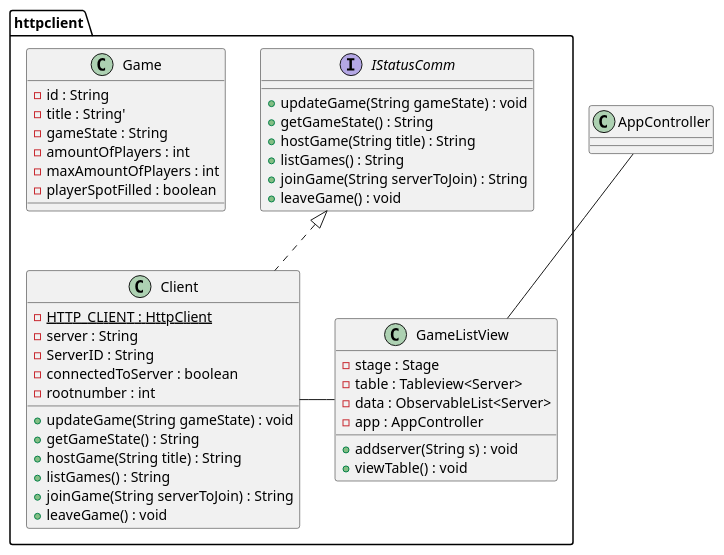
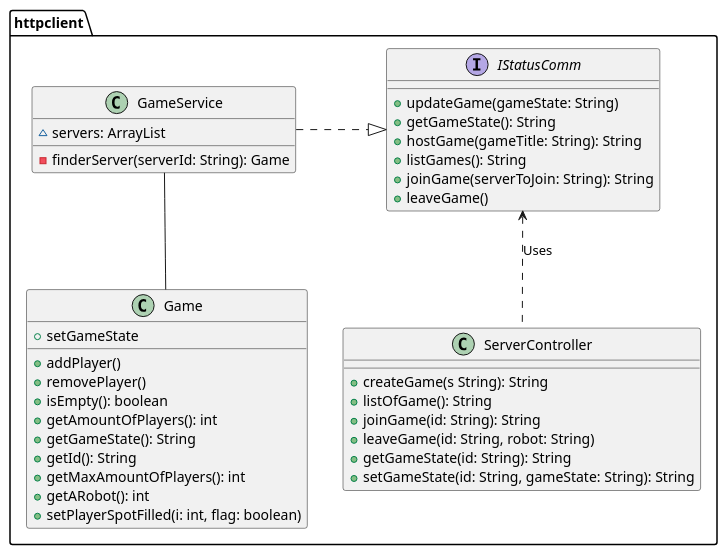
The diagram in diagrams/ClassDiagrams/DesignClassDiagramPackageHTTPClient.puml (MikaelFangel/RoboRally), drawn with PlantUML before and after one commit. The commit also changed 1 other file, not shown here.

Commit message:
Updated Server diagrams

```diff
--- a/diagrams/ClassDiagrams/DesignClassDiagramPackageHTTPClient.puml
+++ b/diagrams/ClassDiagrams/DesignClassDiagramPackageHTTPClient.puml
@@ -1,51 +1,46 @@
 @startuml
 skinparam groupInheritance 2
 skinparam linetype polyline
 
 package httpclient{
-   class Client{
-      {Static} -HTTP_CLIENT : HttpClient
-      -server : String
-      -ServerID : String
-      -connectedToServer : boolean
-      -rootnumber : int
-
-      +updateGame(String gameState) : void
-      +getGameState() : String
-      +hostGame(String title) : String
-      +listGames() : String
-      +joinGame(String serverToJoin) : String
-      +leaveGame() : void
-   }
-   interface IStatusComm{
-     +updateGame(String gameState) : void
-     +getGameState() : String
-     +hostGame(String title) : String
-     +listGames() : String
-     +joinGame(String serverToJoin) : String
-     +leaveGame() : void
-   }
-   class Game{
-      -id : String
-      -title : String'
-      -gameState : String
-      -amountOfPlayers : int
-      -maxAmountOfPlayers : int
-      -playerSpotFilled : boolean
-   }
-   class GameListView{
-       -stage : Stage
-       -table : Tableview<Server>
-       -data : ObservableList<Server>
-        -app : AppController
-
-        +addserver(String s) : void
-        +viewTable() : void
-   }
+interface IStatusComm {
+    + updateGame(gameState: String)
+    + getGameState(): String
+    + hostGame(gameTitle: String): String
+    + listGames(): String
+    + joinGame(serverToJoin: String): String
+    + leaveGame()
 }
 
-AppController -d- GameListView
-IStatusComm <|.d. Client
-Client - GameListView
+class GameService {
+    ~ servers: ArrayList
+    - finderServer(serverId: String): Game
+}
+class ServerController {
+    + createGame(s String): String
+    + listOfGame(): String
+    + joinGame(id: String): String
+    + leaveGame(id: String, robot: String)
+    + getGameState(id: String): String
+    + setGameState(id: String, gameState: String): String
+
+}
+class Game {
+    + addPlayer()
+    + removePlayer()
+    + isEmpty(): boolean
+    + getAmountOfPlayers(): int
+    + getGameState(): String
+    + setGameState
+    + getId(): String
+    + getMaxAmountOfPlayers(): int
+    + getARobot(): int
+    + setPlayerSpotFilled(i: int, flag: boolean)
+}
+
+IStatusComm <|.l.GameService : \t\t
+IStatusComm <..ServerController : Uses
+GameService -- Game
+}
 
 @enduml
```
